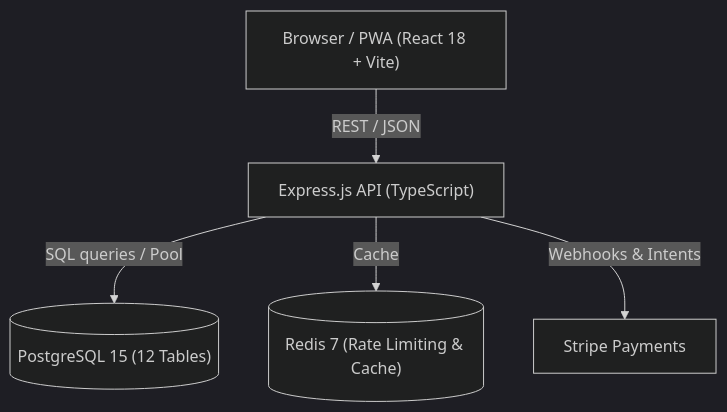
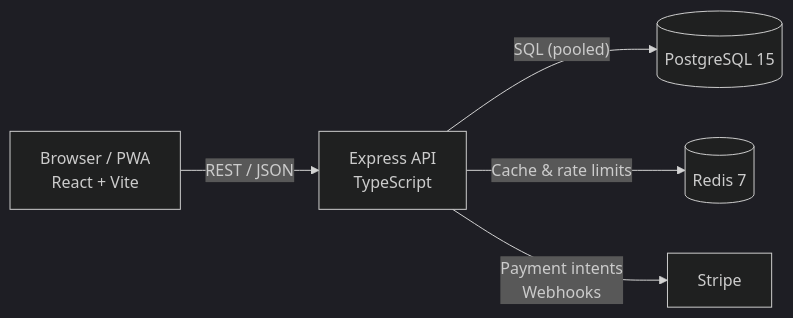
The diagram in README.md (xb3sox/yalla), drawn with Mermaid (dark theme) before and after one commit. The commit also changed other lines of this file, not shown here.

````diff
--- a/README.md
+++ b/README.md
@@ -25,13 +113,7 @@
 ```mermaid
-graph TD
-    Client["Browser / PWA (React 18 + Vite)"]
-    API["Express.js API (TypeScript)"]
-    DB[("PostgreSQL 15 (12 Tables)")]
-    Redis[("Redis 7 (Rate Limiting & Cache)")]
-    Stripe["Stripe Payments"]
-
-    Client -->|"REST / JSON"| API
-    API -->|"SQL queries / Pool"| DB
-    API -->|"Cache"| Redis
-    API -->|"Webhooks & Intents"| Stripe
+graph LR
+    Client["Browser / PWA<br/>React + Vite"] -->|"REST / JSON"| API["Express API<br/>TypeScript"]
+    API -->|"SQL (pooled)"| DB[("PostgreSQL 15")]
+    API -->|"Cache & rate limits"| Redis[("Redis 7")]
+    API -->|"Payment intents<br/>Webhooks"| Stripe["Stripe"]
 ```
````
